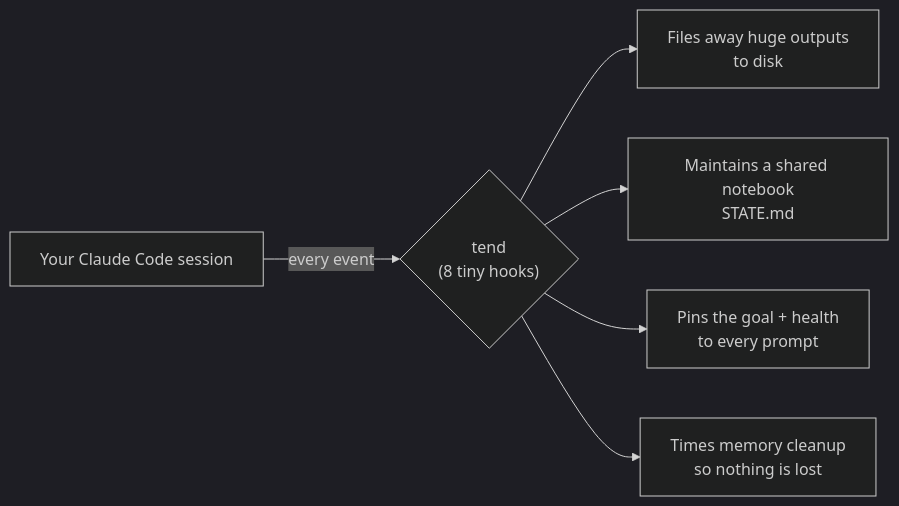
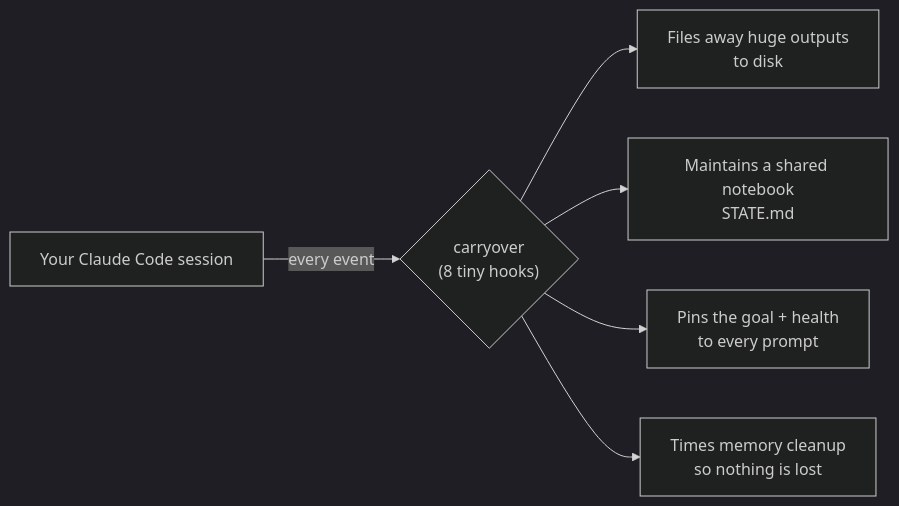
Before and after one commit to varmabudharaju/tend: the first of 2 diagrams in README.md, drawn with Mermaid (dark theme). The commit also changed other lines of this file and 3 other files, not shown here.

Commit message:
docs: carryover naming sweep (README, architecture, benchmarks, capture)

````diff
--- a/README.md
+++ b/README.md
@@ -28,8 +30,8 @@
 ```mermaid
 flowchart LR
-    S["Your Claude Code session"] -->|every event| T{"tend<br/>(8 tiny hooks)"}
+    S["Your Claude Code session"] -->|every event| T{"carryover<br/>(8 tiny hooks)"}
     T --> O["Files away huge outputs<br/>to disk"]
     T --> N["Maintains a shared notebook<br/>STATE.md"]
     T --> A["Pins the goal + health<br/>to every prompt"]
     T --> C["Times memory cleanup<br/>so nothing is lost"]
 ```
````
